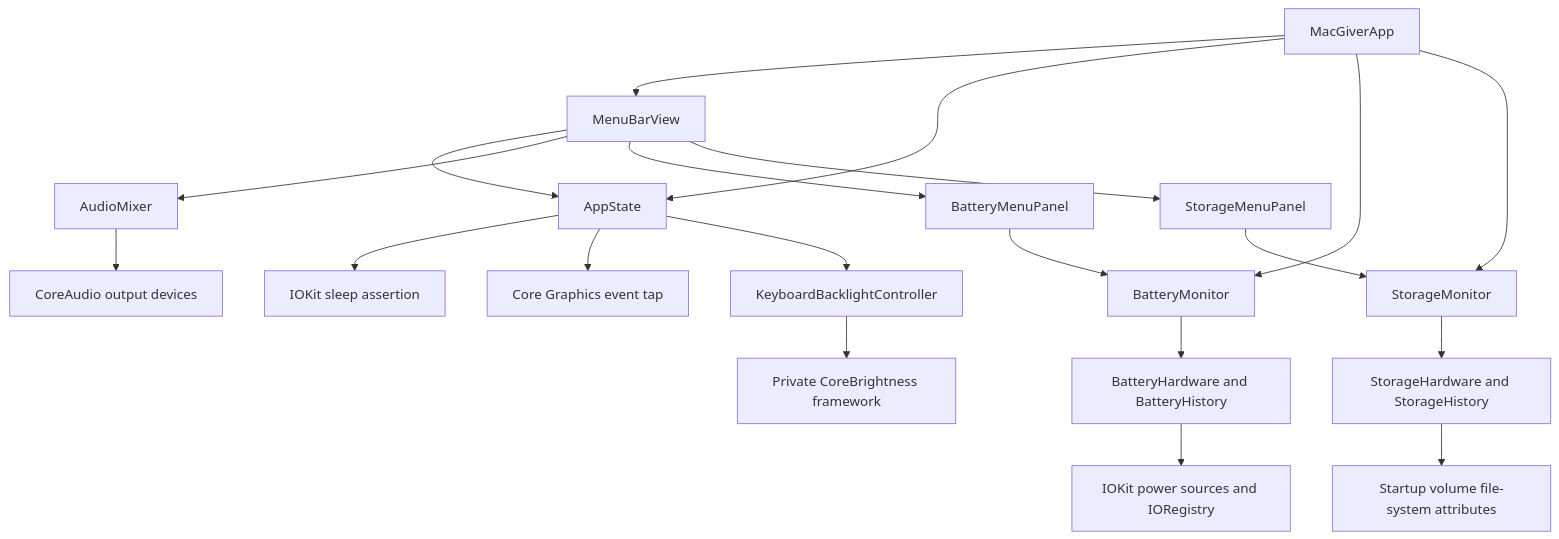
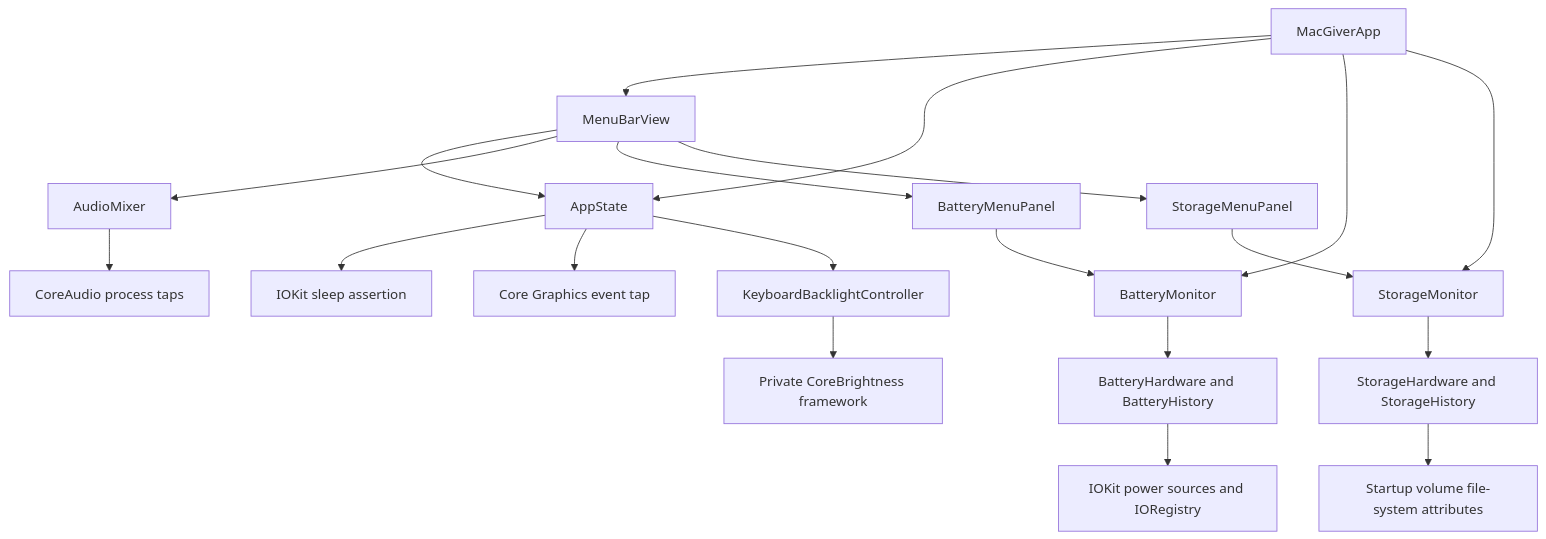
One commit to gabrielmpinha/macgiver changed the diagram in docs/architecture.md. Above: the diagram before and after it, drawn with Mermaid. The commit also changed other lines of this file and 12 other files, not shown here.

````diff
--- a/docs/architecture.md
+++ b/docs/architecture.md
@@ -9,22 +9,22 @@
 ```mermaid
 flowchart TD
     App[MacGiverApp] --> UI[MenuBarView]
     App --> State[AppState]
     App --> Monitor[BatteryMonitor]
     App --> StorageMonitor[StorageMonitor]
     UI --> State
     UI --> AudioMixer
     UI --> Panel[BatteryMenuPanel]
     UI --> StoragePanel[StorageMenuPanel]
     Panel --> Monitor
     StoragePanel --> StorageMonitor
     State --> Sleep[IOKit sleep assertion]
     State --> Lock[Core Graphics event tap]
     State --> Light[KeyboardBacklightController]
     Light --> CB[Private CoreBrightness framework]
     Monitor --> Mac[BatteryHardware and BatteryHistory]
     StorageMonitor --> Storage[StorageHardware and StorageHistory]
-    AudioMixer --> CoreAudio[CoreAudio output devices]
+    AudioMixer --> CoreAudio[CoreAudio process taps]
     Mac --> IOKit[IOKit power sources and IORegistry]
     Storage --> FileSystem[Startup volume file-system attributes]
 ```
````
